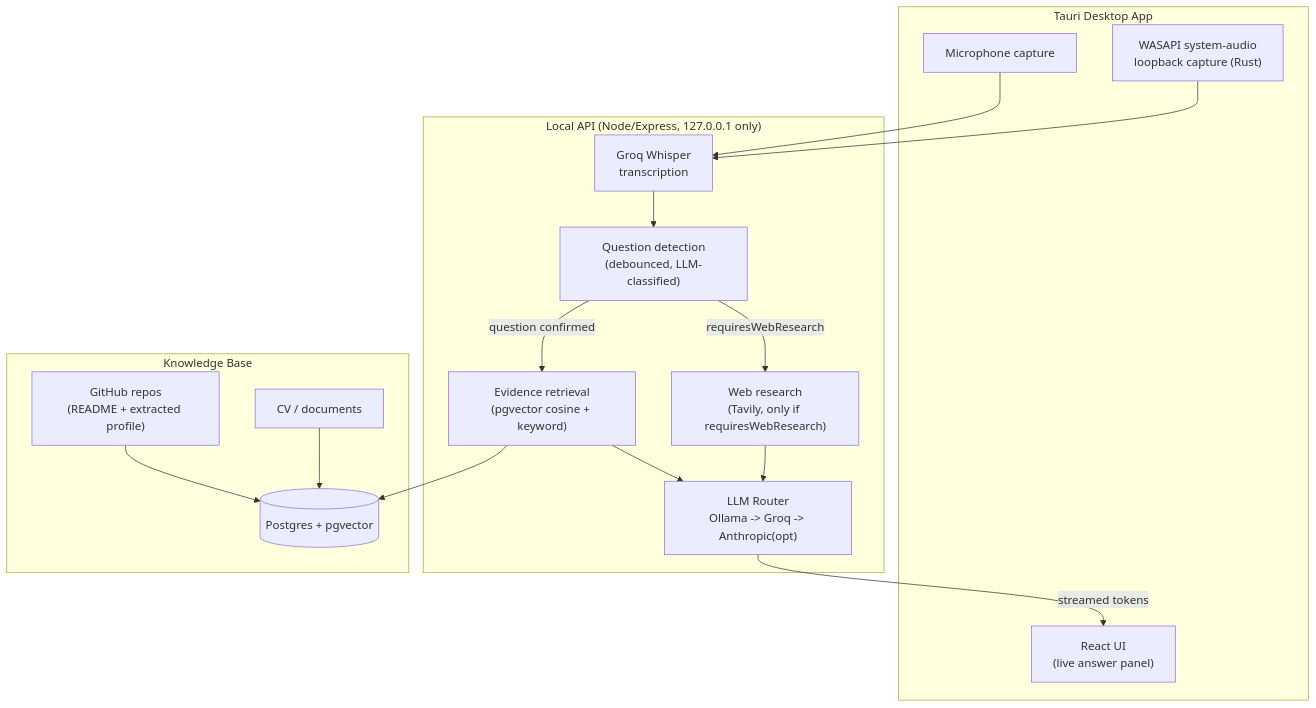
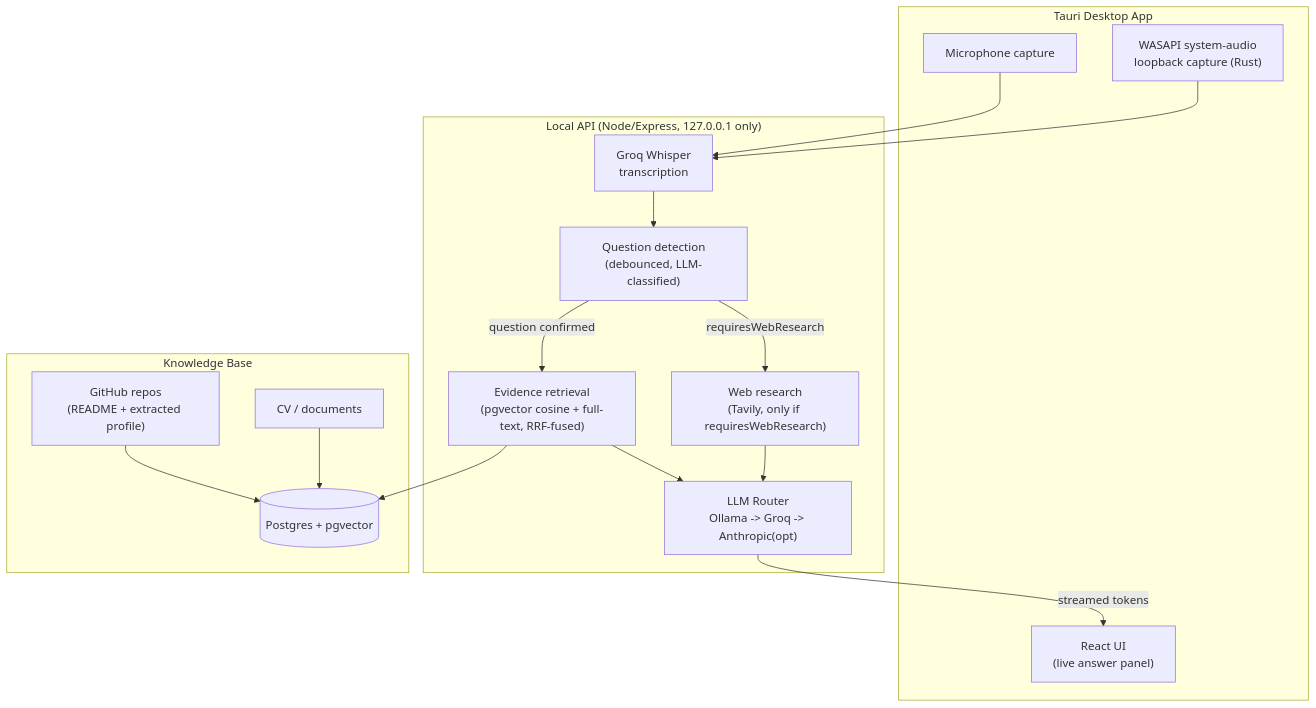
Before and after one commit to HenryMorganDibie/interview-copilot: the diagram in README.md, drawn with Mermaid. The commit also changed other lines of this file, not shown here.

````diff
--- a/README.md
+++ b/README.md
@@ -16,34 +16,34 @@
 ```mermaid
 flowchart TD
     subgraph Desktop["Tauri Desktop App"]
         Mic["Microphone capture"]
         Loopback["WASAPI system-audio\nloopback capture (Rust)"]
         UI["React UI\n(live answer panel)"]
     end
 
     subgraph Backend["Local API (Node/Express, 127.0.0.1 only)"]
         Whisper["Groq Whisper\ntranscription"]
         Detect["Question detection\n(debounced, LLM-classified)"]
-        Retrieve["Evidence retrieval\n(pgvector cosine + keyword)"]
+        Retrieve["Evidence retrieval\n(pgvector cosine + full-text, RRF-fused)"]
         Router["LLM Router\nOllama -> Groq -> Anthropic(opt)"]
         Web["Web research\n(Tavily, only if requiresWebResearch)"]
     end
 
     subgraph Store["Knowledge Base"]
         PG[("Postgres + pgvector")]
         GH["GitHub repos\n(README + extracted profile)"]
         CV["CV / documents"]
     end
 
     Mic --> Whisper
     Loopback --> Whisper
     Whisper --> Detect
     Detect -->|"question confirmed"| Retrieve
     Retrieve --> PG
     GH --> PG
     CV --> PG
     Retrieve --> Router
     Detect -->|"requiresWebResearch"| Web
     Web --> Router
     Router -->|"streamed tokens"| UI
 ```
````
